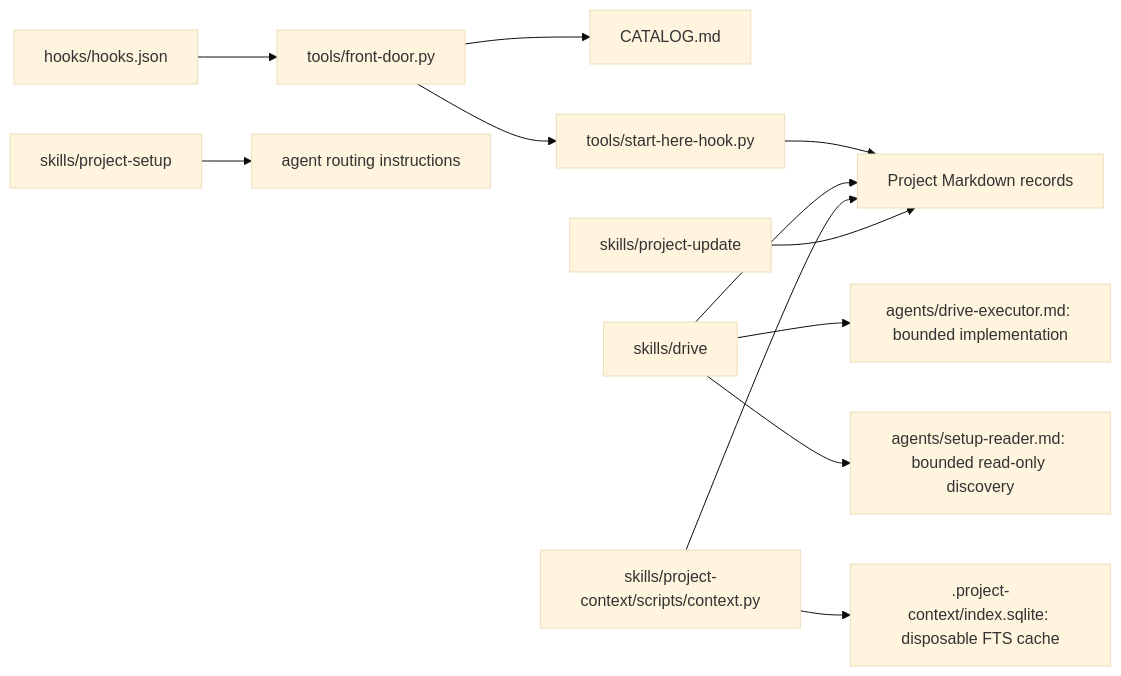
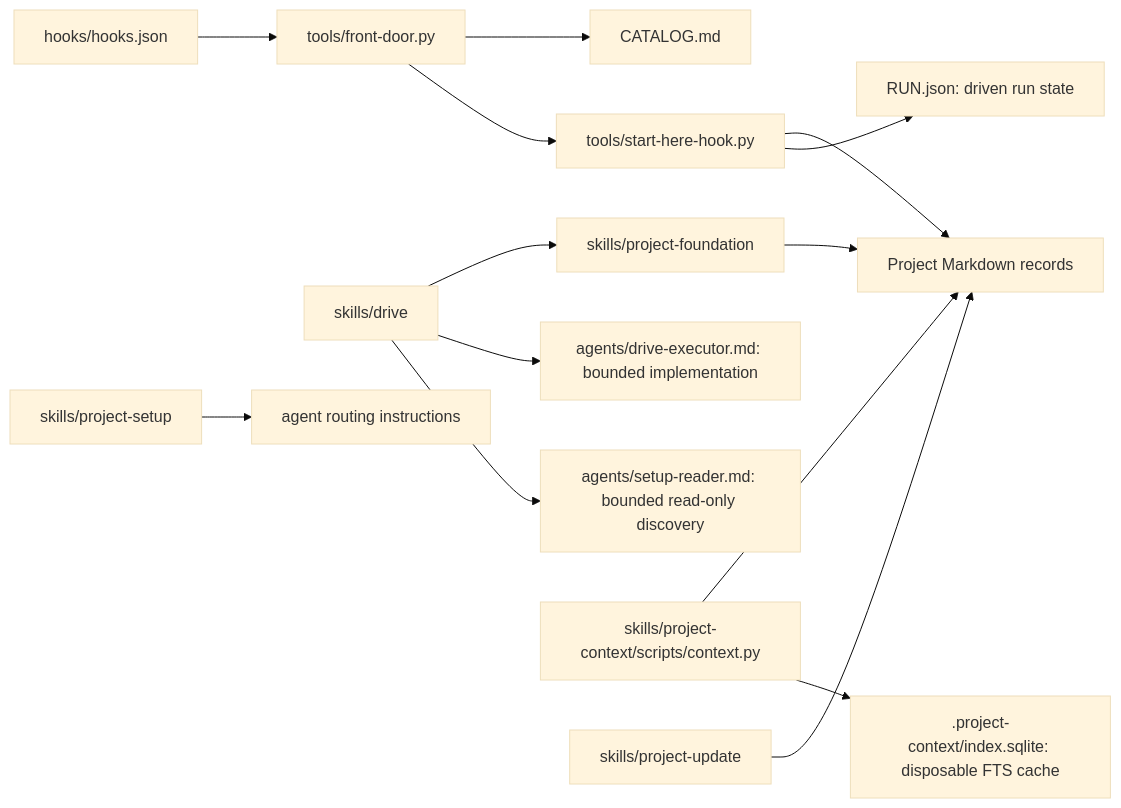
One commit to thanaponai01-collab/top-tier-engineer-skill changed the diagram in docs/architecture.md. Above: the diagram before and after it, drawn with Mermaid (base theme). The commit also changed other lines of this file and 109 other files, not shown here.

First line of the commit message:
Release 4.60.0: project-foundation skill and fresh-session gaps closed

````diff
--- a/docs/architecture.md
+++ b/docs/architecture.md
@@ -9,14 +9,16 @@
 ```mermaid
 flowchart LR
   hooks["hooks/hooks.json"] --> entry["tools/front-door.py"]
   entry --> catalog["CATALOG.md"]
   entry --> summary["tools/start-here-hook.py"]
   summary --> records["Project Markdown records"]
-  drive["skills/drive"] --> records
+  drive["skills/drive"] --> foundation["skills/project-foundation"]
+  foundation --> records
   setup["skills/project-setup"] --> instructions["agent routing instructions"]
+  summary --> run["RUN.json: driven run state"]
   drive --> executor["agents/drive-executor.md: bounded implementation"]
   drive --> worker["agents/setup-reader.md: bounded read-only discovery"]
   context["skills/project-context/scripts/context.py"] --> records
   context --> index[".project-context/index.sqlite: disposable FTS cache"]
   update["skills/project-update"] --> records
 ```
````
